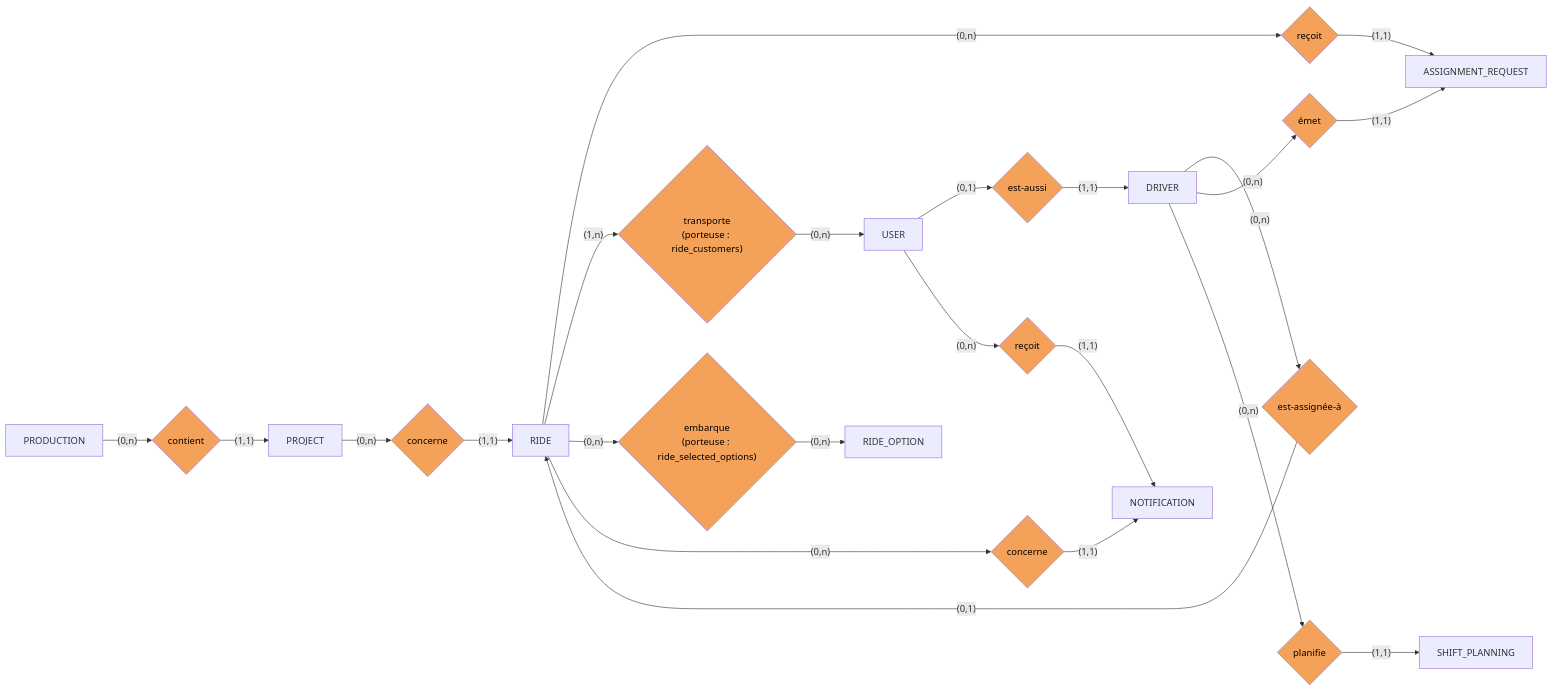
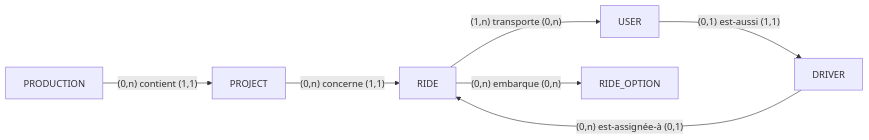
One commit to Mamoru-fr/AMT-Express changed the fourth of 8 diagrams in documents/dossiers/dossierProjet/v1-complet/dossierProjetRNCP.md. Above: the diagram before and after it, drawn with Mermaid. The commit also changed other lines of this file, not shown here.

Commit message:
docs(rncp): application des retours de relecture sur le dossier v1 (CCP retires, 3 roles, US issues GitHub, UML/MCD revus, PG16 assume, RGPD concret, deploiement 11/09, conclusion honnete)

````diff
--- a/documents/dossiers/dossierProjet/v1-complet/dossierProjetRNCP.md
+++ b/documents/dossiers/dossierProjet/v1-complet/dossierProjetRNCP.md
@@ -358,25 +338,9 @@
 ```mermaid
 flowchart LR
-    PROD[PRODUCTION] -- "(0,n)" --> A1{"contient"} -- "(1,1)" --> PROJ[PROJECT]
-    PROJ -- "(0,n)" --> A2{"concerne"} -- "(1,1)" --> RIDE
-    USER -- "(0,1)" --> A3{"est-aussi"} -- "(1,1)" --> DRV[DRIVER]
-    DRV -- "(0,n)" --> A4{"est-assignée-à"} -- "(0,1)" --> RIDE
-    DRV -- "(0,n)" --> A5{"émet"} -- "(1,1)" --> AR[ASSIGNMENT_REQUEST]
-    RIDE -- "(0,n)" --> A6{"reçoit"} -- "(1,1)" --> AR
-    RIDE -- "(1,n)" --> A7{"transporte<br/>(porteuse : ride_customers)"} -- "(0,n)" --> USER
-    RIDE -- "(0,n)" --> A8{"embarque<br/>(porteuse : ride_selected_options)"} -- "(0,n)" --> ROPT[RIDE_OPTION]
-    DRV -- "(0,n)" --> A9{"planifie"} -- "(1,1)" --> SHP[SHIFT_PLANNING]
-    USER -- "(0,n)" --> A10{"reçoit"} -- "(1,1)" --> NT[NOTIFICATION]
-    RIDE -- "(0,n)" --> A11{"concerne"} -- "(1,1)" --> NT
-    style A1 fill:#F4A259,color:#000
-    style A2 fill:#F4A259,color:#000
-    style A3 fill:#F4A259,color:#000
-    style A4 fill:#F4A259,color:#000
-    style A5 fill:#F4A259,color:#000
-    style A6 fill:#F4A259,color:#000
-    style A7 fill:#F4A259,color:#000
-    style A8 fill:#F4A259,color:#000
-    style A9 fill:#F4A259,color:#000
-    style A10 fill:#F4A259,color:#000
-    style A11 fill:#F4A259,color:#000
+    PROD[PRODUCTION] -- "(0,n) contient (1,1)" --> PROJ[PROJECT]
+    PROJ -- "(0,n) concerne (1,1)" --> RIDE
+    USER -- "(0,1) est-aussi (1,1)" --> DRV[DRIVER]
+    DRV -- "(0,n) est-assignée-à (0,1)" --> RIDE
+    RIDE -- "(1,n) transporte (0,n)" --> USER
+    RIDE -- "(0,n) embarque (0,n)" --> ROPT[RIDE_OPTION]
 ```
````
